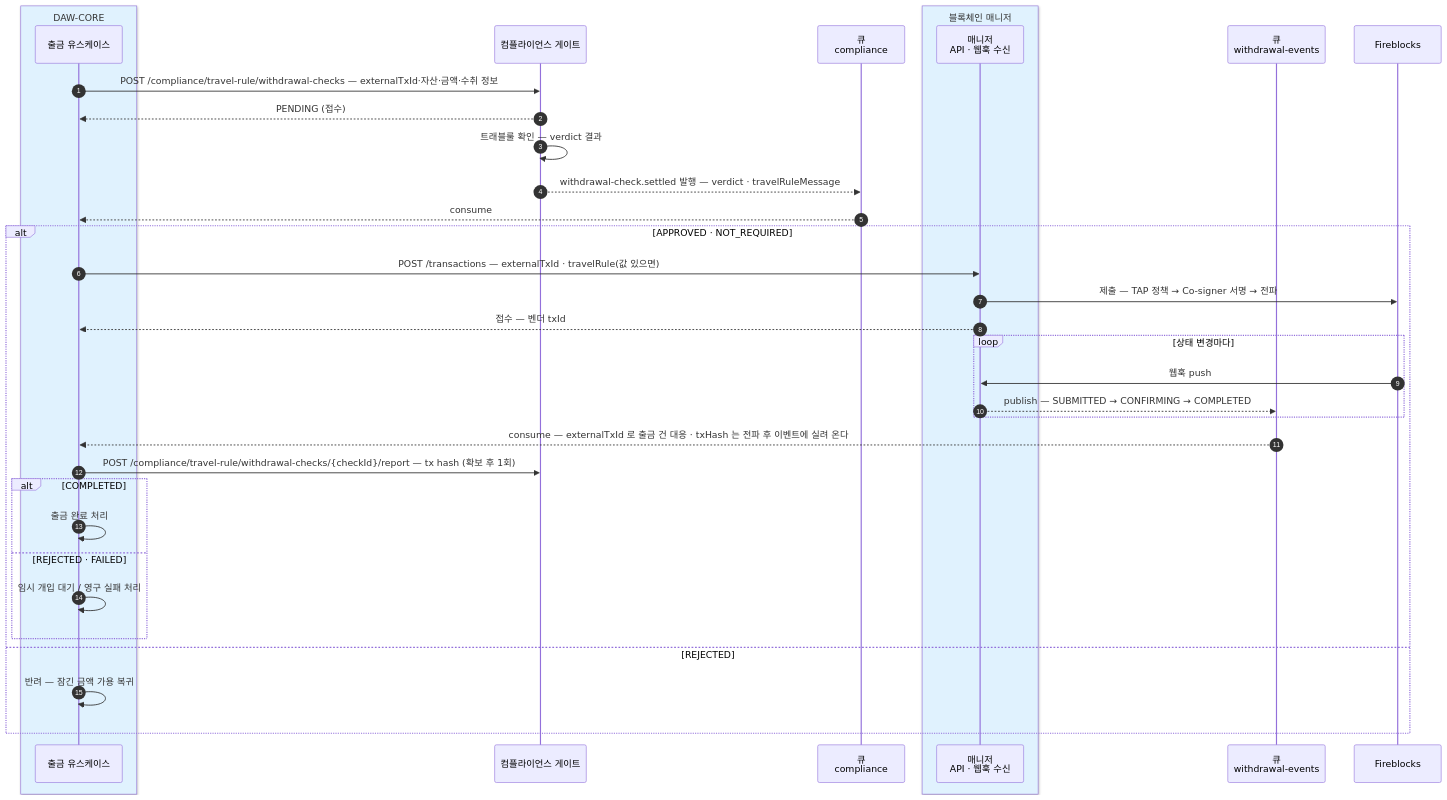
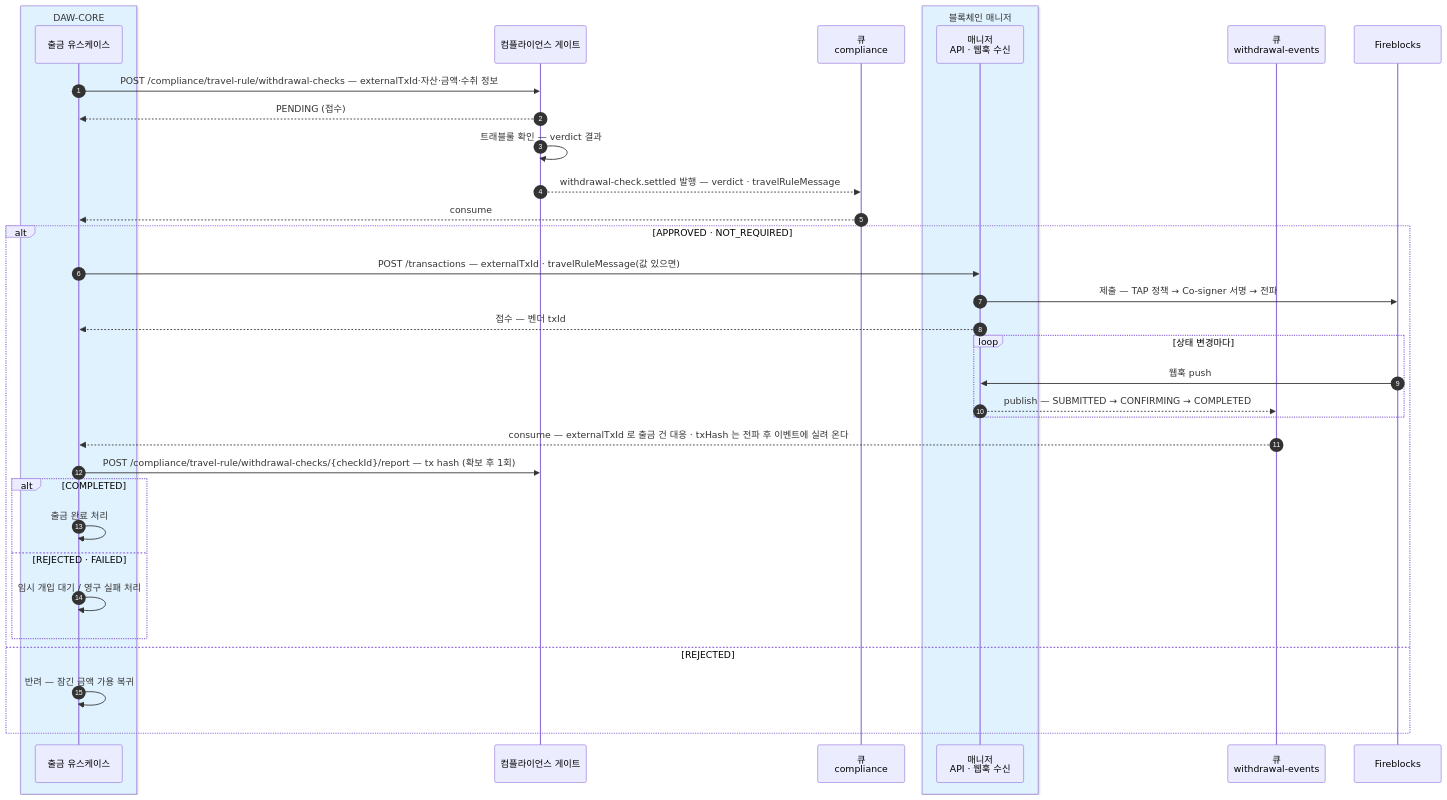
The second of 3 diagrams in blockchain-manager/docs/BC/설계/01-infra.md (eunsujeo/eunpus), drawn with Mermaid before and after one commit. The commit also changed other lines of this file and 6 other files, not shown here.

````diff
--- a/blockchain-manager/docs/BC/설계/01-infra.md
+++ b/blockchain-manager/docs/BC/설계/01-infra.md
@@ -144,38 +144,38 @@
 ```mermaid
 sequenceDiagram
     autonumber
     box rgb(224,242,254) DAW-CORE
     participant BE as 출금 유스케이스
     end
     participant CP as 컴플라이언스 게이트
     participant MQC as 큐<br/>compliance
     box rgb(224,242,254) 블록체인 매니저
     participant BM as 매니저<br/>API · 웹훅 수신
     end
     participant MQ as 큐<br/>withdrawal-events
     participant FB as Fireblocks
 
     BE->>CP: POST /compliance/travel-rule/withdrawal-checks — externalTxId·자산·금액·수취 정보
     CP-->>BE: PENDING (접수)
     CP->>CP: 트래블룰 확인 — verdict 결과
     CP-->>MQC: withdrawal-check.settled 발행 — verdict · travelRuleMessage
     MQC-->>BE: consume
     alt APPROVED · NOT_REQUIRED
-        BE->>BM: POST /transactions — externalTxId · travelRule(값 있으면)
+        BE->>BM: POST /transactions — externalTxId · travelRuleMessage(값 있으면)
         BM->>FB: 제출 — TAP 정책 → Co-signer 서명 → 전파
         BM-->>BE: 접수 — 벤더 txId
         loop 상태 변경마다
             FB->>BM: 웹훅 push
             BM-->>MQ: publish — SUBMITTED → CONFIRMING → COMPLETED
         end
         MQ-->>BE: consume — externalTxId 로 출금 건 대응 · txHash 는 전파 후 이벤트에 실려 온다
         BE->>CP: POST /compliance/travel-rule/withdrawal-checks/{checkId}/report — tx hash (확보 후 1회)
         alt COMPLETED
             BE->>BE: 출금 완료 처리
         else REJECTED · FAILED
             BE->>BE: 임시 개입 대기 / 영구 실패 처리
         end
     else REJECTED
         BE->>BE: 반려 — 잠긴 금액 가용 복귀
     end
 ```
````
